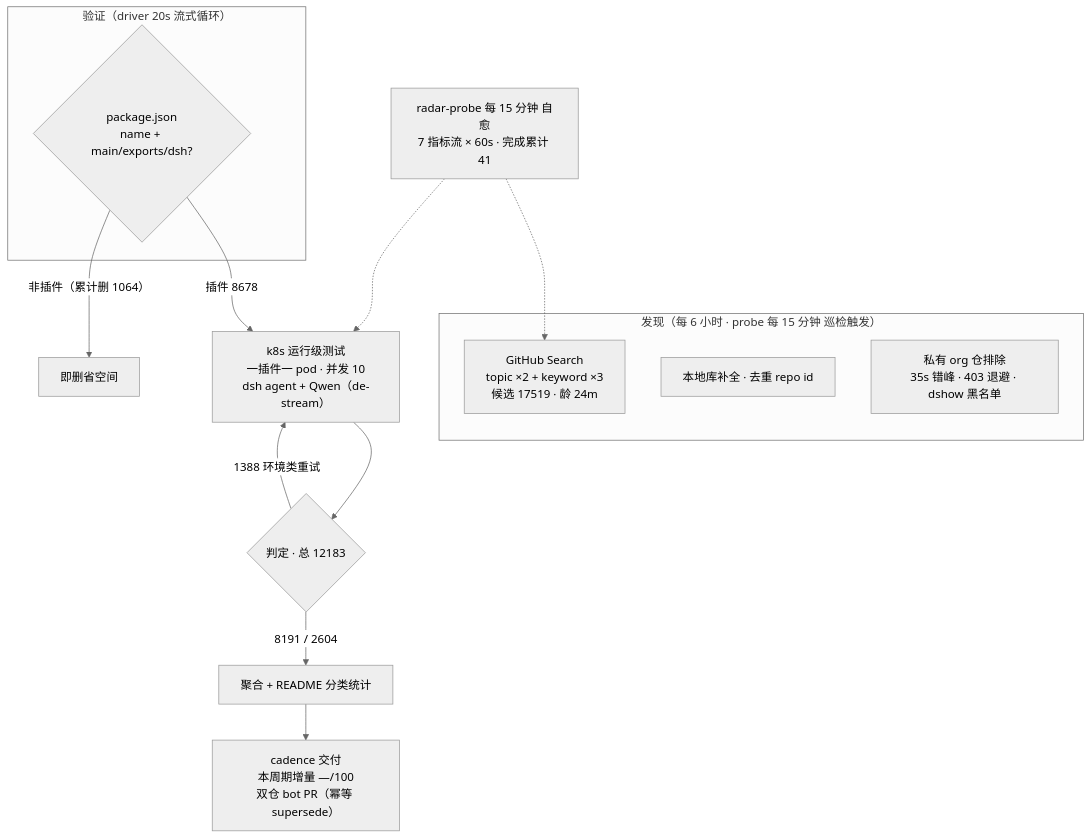
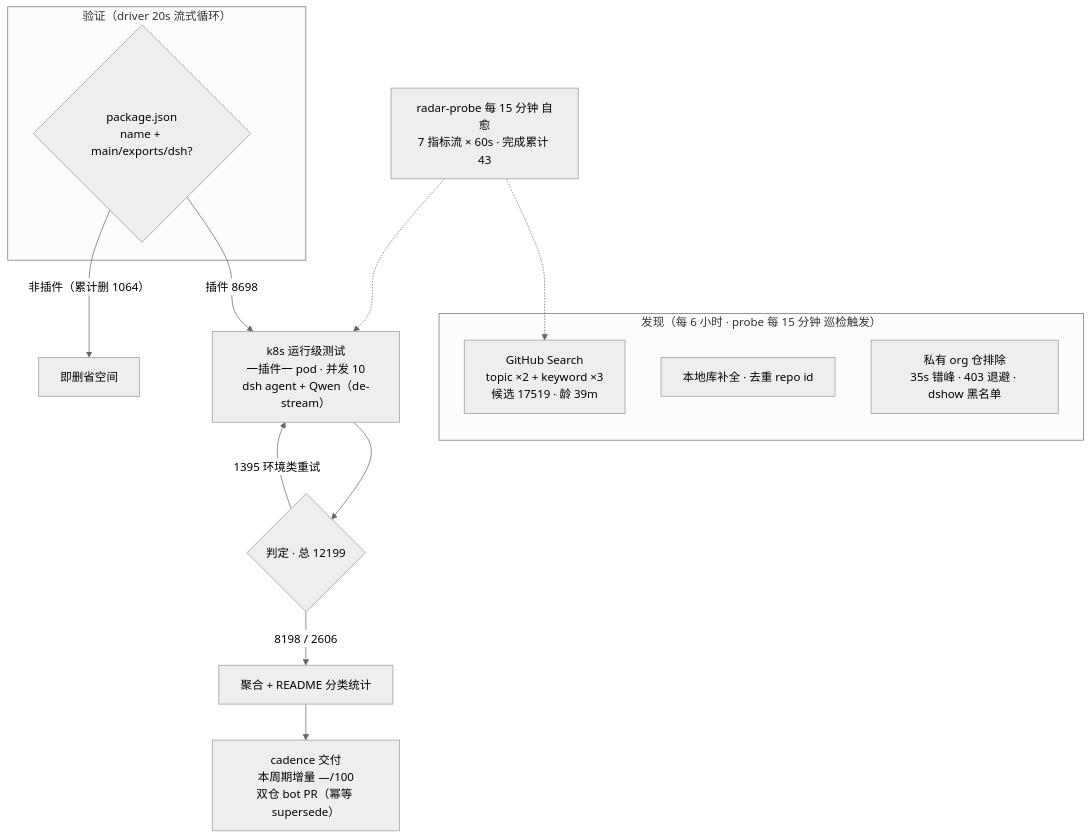
One commit to Zhidao-Lab-OSS/awesome-dsh-plugins changed the diagram in README.md. Above: the diagram before and after it, drawn with Mermaid (neutral theme). The commit also changed other lines of this file and 1 other file, not shown here.

````diff
--- a/README.md
+++ b/README.md
@@ -52,20 +52,20 @@
 ```mermaid
 flowchart TB
     subgraph Discovery["发现（每 6 小时 · probe 每 15 分钟 巡检触发）"]
-        A1["GitHub Search<br/>topic ×2 + keyword ×3<br/>候选 17519 · 龄 24m"]
+        A1["GitHub Search<br/>topic ×2 + keyword ×3<br/>候选 17519 · 龄 39m"]
         A2["本地库补全 · 去重 repo id"]
         A3["私有 org 仓排除<br/>35s 错峰 · 403 退避 · dshow 黑名单"]
     end
     subgraph Validation["验证（driver 20s 流式循环）"]
         B1{"package.json<br/>name + main/exports/dsh?"}
     end
-    B1 -->|"插件 8678"| C1["k8s 运行级测试<br/>一插件一 pod · 并发 10<br/>dsh agent + Qwen（de-stream）"]
+    B1 -->|"插件 8698"| C1["k8s 运行级测试<br/>一插件一 pod · 并发 10<br/>dsh agent + Qwen（de-stream）"]
     B1 -->|"非插件（累计删 1064）"| B3["即删省空间"]
-    C1 --> D1{"判定 · 总 12183"}
-    D1 -->|"8191 / 2604"| E1["聚合 + README 分类统计"]
-    D1 -->|"1388 环境类重试"| C1
+    C1 --> D1{"判定 · 总 12199"}
+    D1 -->|"8198 / 2606"| E1["聚合 + README 分类统计"]
+    D1 -->|"1395 环境类重试"| C1
     E1 --> E2["cadence 交付<br/>本周期增量 —/100<br/>双仓 bot PR（幂等 supersede）"]
-    M["radar-probe 每 15 分钟 自愈<br/>7 指标流 × 60s · 完成累计 41"]
+    M["radar-probe 每 15 分钟 自愈<br/>7 指标流 × 60s · 完成累计 43"]
     M -.-> A1
     M -.-> C1
 ```
````
